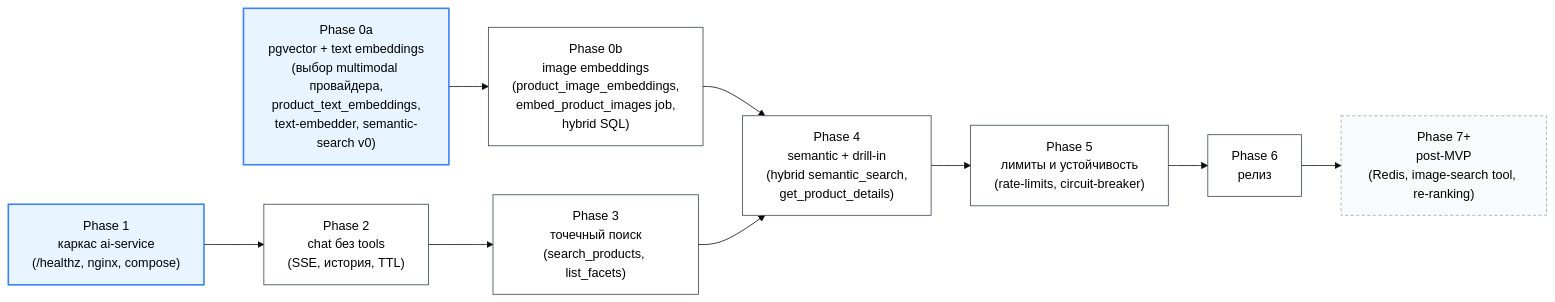
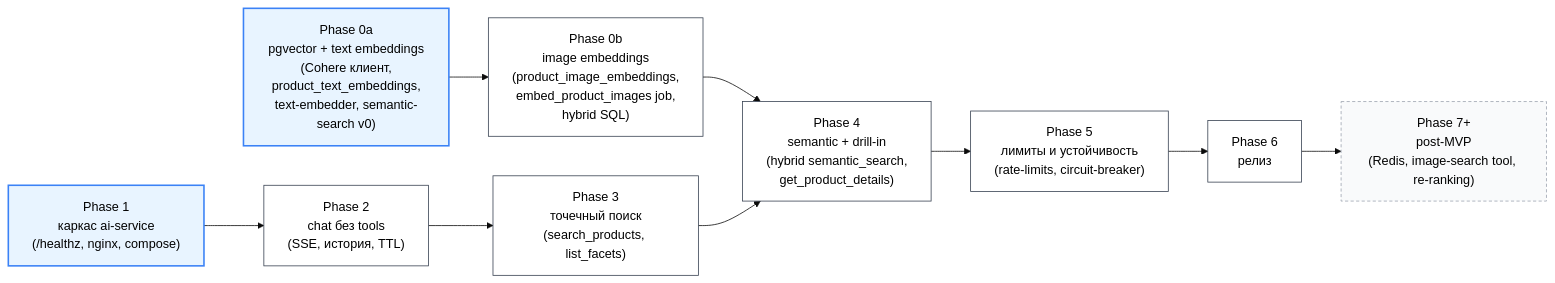
One commit to TortAlpha/ai-stylist-service changed the first of 11 diagrams in server/ai-service/ROADMAP_DIAGRAM.md. Above: the diagram before and after it, drawn with Mermaid (base theme). The commit also changed 35 other files, not shown here.

````diff
--- a/server/ai-service/ROADMAP_DIAGRAM.md
+++ b/server/ai-service/ROADMAP_DIAGRAM.md
@@ -7,24 +7,24 @@
 ```mermaid
 flowchart LR
-    P0A["Phase 0a<br/>pgvector + text embeddings<br/>(выбор multimodal провайдера,<br/>product_text_embeddings,<br/>text-embedder, semantic-search v0)"]
+    P0A["Phase 0a<br/>pgvector + text embeddings<br/>(Cohere клиент,<br/>product_text_embeddings,<br/>text-embedder, semantic-search v0)"]
     P0B["Phase 0b<br/>image embeddings<br/>(product_image_embeddings,<br/>embed_product_images job,<br/>hybrid SQL)"]
     P1["Phase 1<br/>каркас ai-service<br/>(/healthz, nginx, compose)"]
     P2["Phase 2<br/>chat без tools<br/>(SSE, история, TTL)"]
     P3["Phase 3<br/>точечный поиск<br/>(search_products, list_facets)"]
     P4["Phase 4<br/>semantic + drill-in<br/>(hybrid semantic_search,<br/>get_product_details)"]
     P5["Phase 5<br/>лимиты и устойчивость<br/>(rate-limits, circuit-breaker)"]
     P6["Phase 6<br/>релиз"]
     PN["Phase 7+<br/>post-MVP<br/>(Redis, image-search tool, re-ranking)"]
 
     P0A --> P0B --> P4
     P1 --> P2 --> P3 --> P4
     P4 --> P5 --> P6
     P6 --> PN
 
     classDef parallel fill:#e8f4ff,stroke:#3b82f6,stroke-width:2px,color:#000
     classDef serial fill:#fff,stroke:#374151,color:#000
     classDef post fill:#f9fafb,stroke:#9ca3af,stroke-dasharray:4 3,color:#000
     class P0A,P1 parallel
     class P0B,P2,P3,P4,P5,P6 serial
     class PN post
 ```
````
